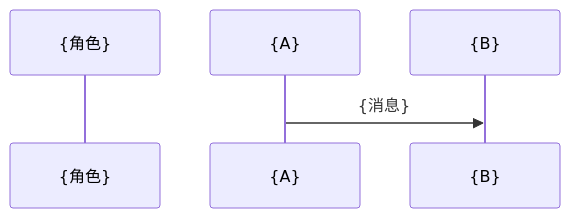
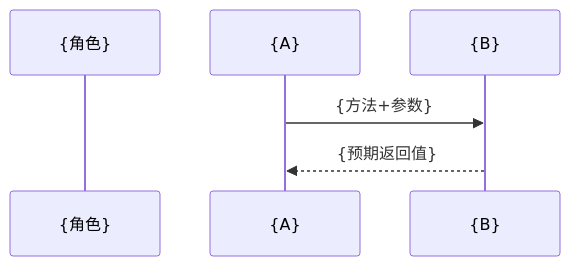
One commit to woshihoujinxin/code-agent-framework changed the third of 4 diagrams in agents/code-planner.md. Above: the diagram before and after it, drawn with Mermaid. The commit also changed other lines of this file and 9 other files, not shown here.

First line of the commit message:
feat(agents): DDD 方法论增强——领域词汇表、领域建模、战术分层、时序图链路核查

````diff
--- a/agents/code-planner.md
+++ b/agents/code-planner.md
@@ -177,5 +210,6 @@
 ```mermaid
 sequenceDiagram
     participant {角色}
-    {A}->>{B}: {消息}
+    {A}->>{B}: {方法+参数}
+    {B}-->>{A}: {预期返回值}
 ```
````
